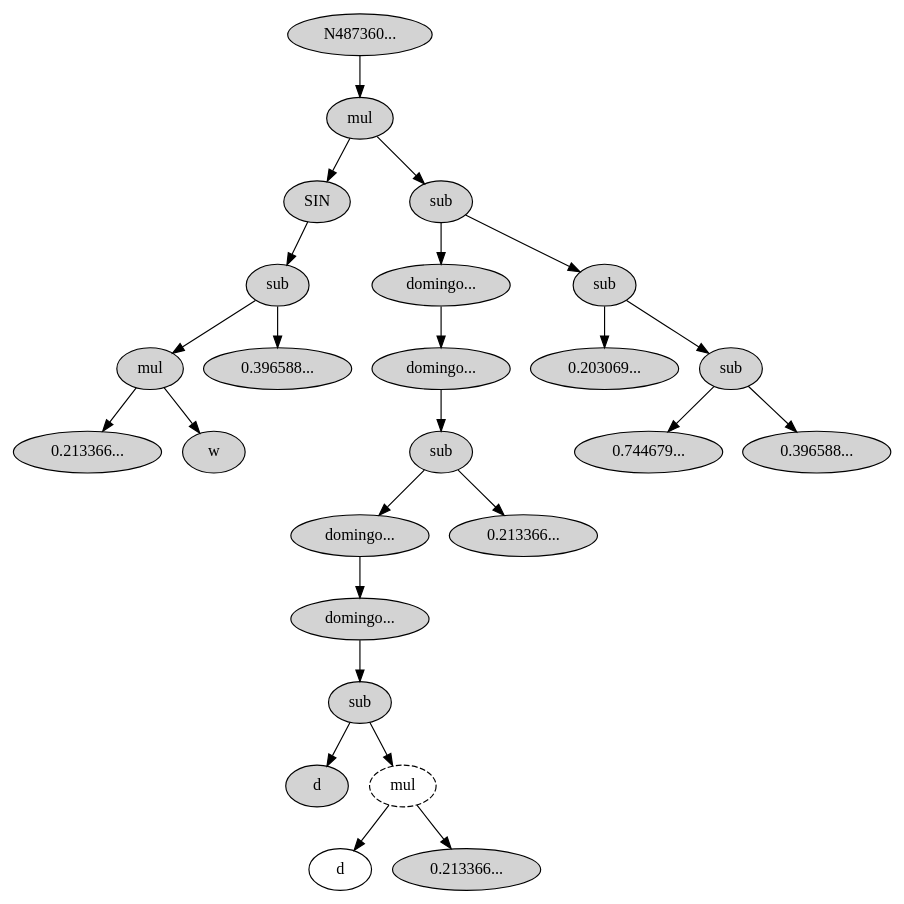
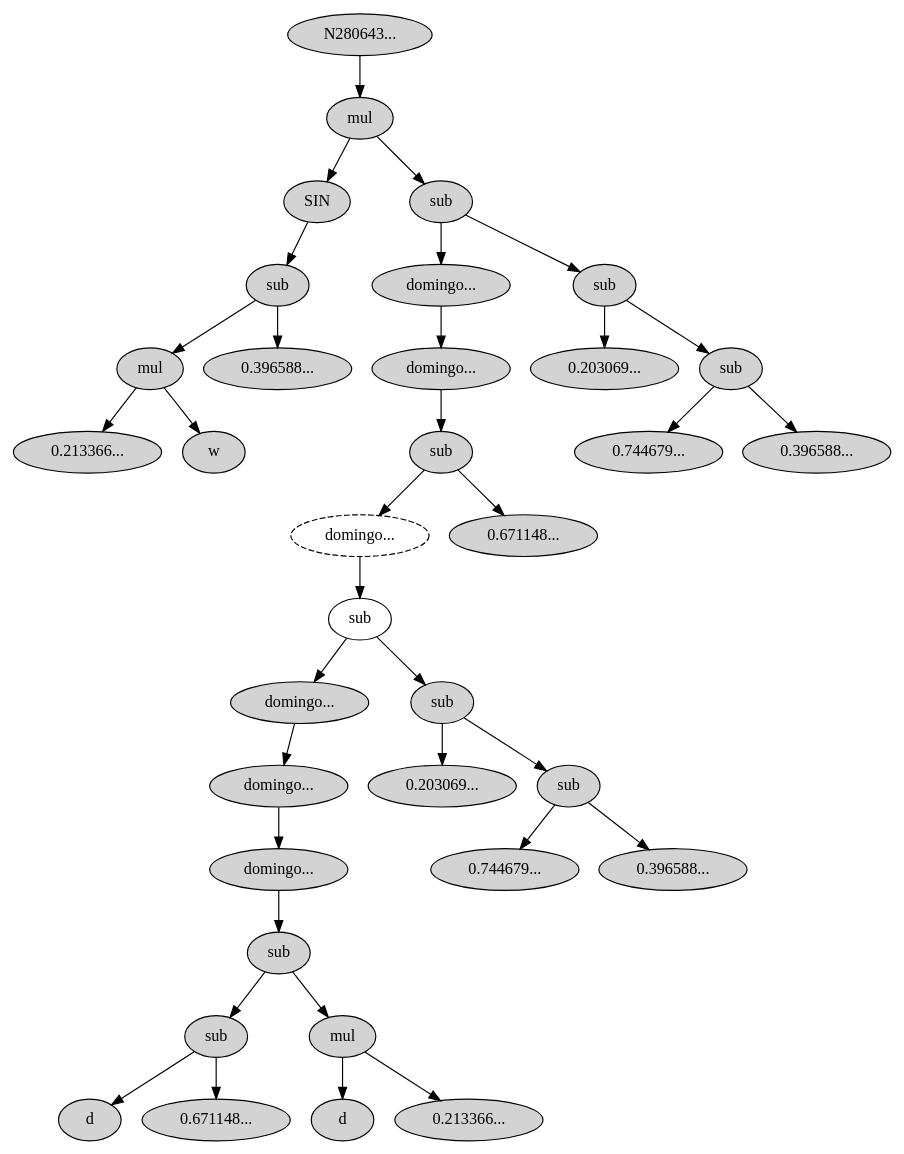
One commit to munifgebara/josilTs changed the diagram in report/serra_best.dot. Above: the diagram before and after it, drawn with Graphviz. The commit also changed 32 other files, not shown here.

```diff
--- a/report/serra_best.dot
+++ b/report/serra_best.dot
@@ -1,51 +1,71 @@
- digraph G487360 {
-N487360[ style="filled"  label="N487360..."];
-N487360 -> N487361;
-N487361[ style="filled"  label="mul"];
-N487361 -> N487362;
-N487362[ style="filled"  label="SIN"];
-N487362 -> N487363;
-N487363[ style="filled"  label="sub"];
-N487363 -> N487364;
-N487364[ style="filled"  label="mul"];
-N487364 -> N487365;
-N487365[ style="filled"  label="0.213366..."];
-N487364 -> N487366;
-N487366[ style="filled"  label="w"];
-N487363 -> N487367;
-N487367[ style="filled"  label="0.396588..."];
-N487361 -> N487368;
-N487368[ style="filled"  label="sub"];
-N487368 -> N487369;
-N487369[ style="filled"  label="domingo..."];
-N487369 -> N487370;
-N487370[ style="filled"  label="domingo..."];
-N487370 -> N487371;
-N487371[ style="filled"  label="sub"];
-N487371 -> N487372;
-N487372[ style="filled"  label="domingo..."];
-N487372 -> N487373;
-N487373[ style="filled"  label="domingo..."];
-N487373 -> N487374;
-N487374[ style="filled"  label="sub"];
-N487374 -> N487375;
-N487375[ style="filled"  label="d"];
-N487374 -> N487376;
-N487376[ style="dashed"  label="mul"];
-N487376 -> N487348;
-N487348[ style="solid"  label="d"];
-N487376 -> N487380;
-N487380[ style="filled"  label="0.213366..."];
-N487371 -> N487381;
-N487381[ style="filled"  label="0.213366..."];
-N487368 -> N487382;
-N487382[ style="filled"  label="sub"];
-N487382 -> N487383;
-N487383[ style="filled"  label="0.203069..."];
-N487382 -> N487384;
-N487384[ style="filled"  label="sub"];
-N487384 -> N487385;
-N487385[ style="filled"  label="0.744679..."];
-N487384 -> N487386;
-N487386[ style="filled"  label="0.396588..."];
+ digraph G280643 {
+N280643[ style="filled"  label="N280643..."];
+N280643 -> N280644;
+N280644[ style="filled"  label="mul"];
+N280644 -> N280645;
+N280645[ style="filled"  label="SIN"];
+N280645 -> N280646;
+N280646[ style="filled"  label="sub"];
+N280646 -> N280647;
+N280647[ style="filled"  label="mul"];
+N280647 -> N280648;
+N280648[ style="filled"  label="0.213366..."];
+N280647 -> N280649;
+N280649[ style="filled"  label="w"];
+N280646 -> N280650;
+N280650[ style="filled"  label="0.396588..."];
+N280644 -> N280651;
+N280651[ style="filled"  label="sub"];
+N280651 -> N280652;
+N280652[ style="filled"  label="domingo..."];
+N280652 -> N280653;
+N280653[ style="filled"  label="domingo..."];
+N280653 -> N280654;
+N280654[ style="filled"  label="sub"];
+N280654 -> N280655;
+N280655[ style="dashed"  label="domingo..."];
+N280655 -> N280627;
+N280627[ style="solid"  label="sub"];
+N280627 -> N280628;
+N280628[ style="filled"  label="domingo..."];
+N280628 -> N280629;
+N280629[ style="filled"  label="domingo..."];
+N280629 -> N280630;
+N280630[ style="filled"  label="domingo..."];
+N280630 -> N280631;
+N280631[ style="filled"  label="sub"];
+N280631 -> N280632;
+N280632[ style="filled"  label="sub"];
+N280632 -> N280633;
+N280633[ style="filled"  label="d"];
+N280632 -> N280634;
+N280634[ style="filled"  label="0.671148..."];
+N280631 -> N280635;
+N280635[ style="filled"  label="mul"];
+N280635 -> N280636;
+N280636[ style="filled"  label="d"];
+N280635 -> N280637;
+N280637[ style="filled"  label="0.213366..."];
+N280627 -> N280638;
+N280638[ style="filled"  label="sub"];
+N280638 -> N280639;
+N280639[ style="filled"  label="0.203069..."];
+N280638 -> N280640;
+N280640[ style="filled"  label="sub"];
+N280640 -> N280641;
+N280641[ style="filled"  label="0.744679..."];
+N280640 -> N280642;
+N280642[ style="filled"  label="0.396588..."];
+N280654 -> N280664;
+N280664[ style="filled"  label="0.671148..."];
+N280651 -> N280665;
+N280665[ style="filled"  label="sub"];
+N280665 -> N280666;
+N280666[ style="filled"  label="0.203069..."];
+N280665 -> N280667;
+N280667[ style="filled"  label="sub"];
+N280667 -> N280668;
+N280668[ style="filled"  label="0.744679..."];
+N280667 -> N280669;
+N280669[ style="filled"  label="0.396588..."];
 }
```
